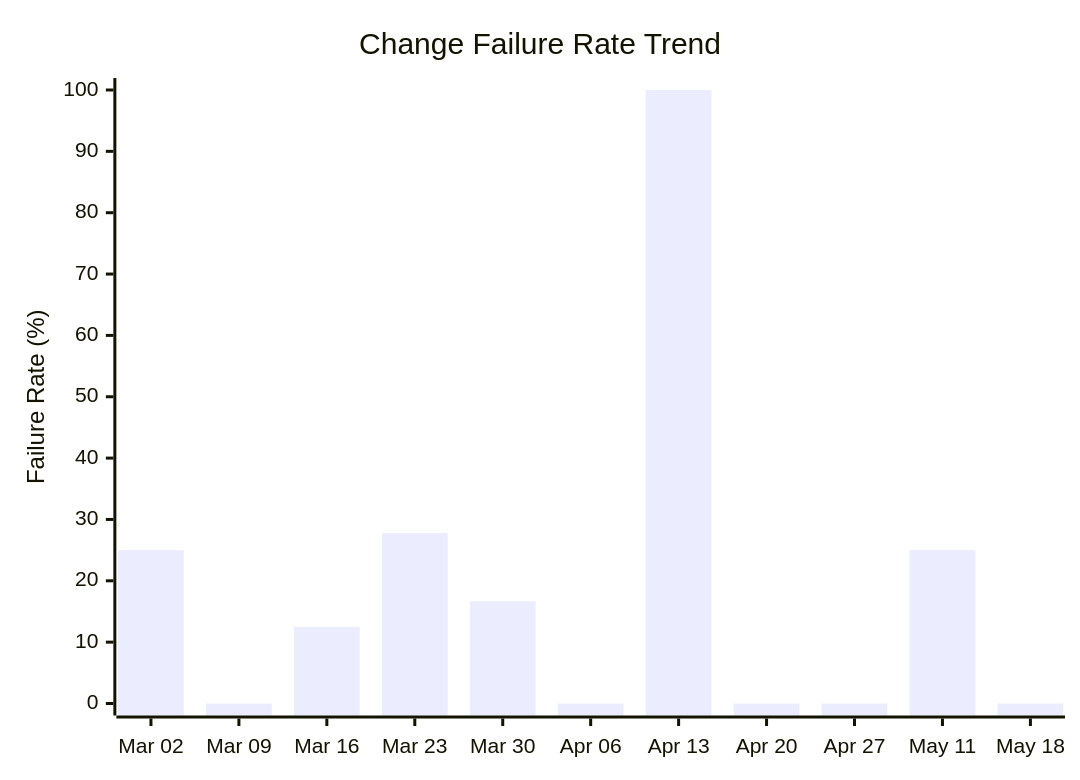
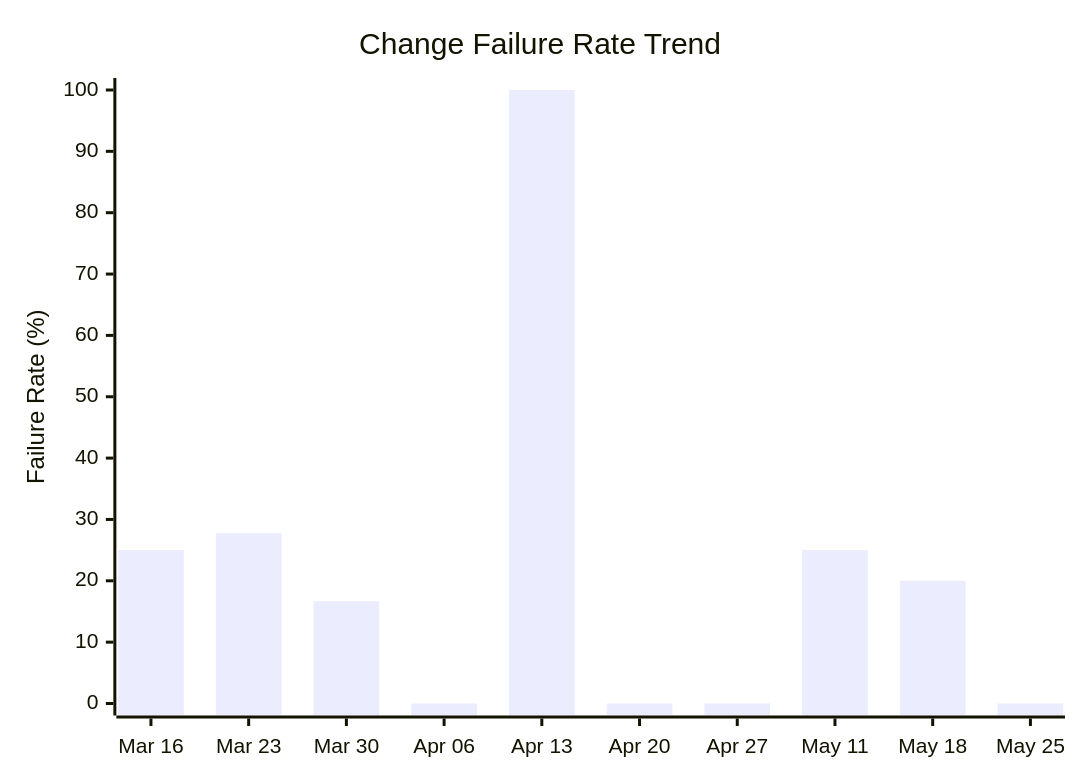
One commit to ukma-cs-ssdm-2025/rate-ukma changed the fourth of 4 diagrams in docs/ci-cd/dora-summary.md. Above: the diagram before and after it, drawn with Mermaid. The commit also changed other lines of this file, not shown here.

````diff
--- a/docs/ci-cd/dora-summary.md
+++ b/docs/ci-cd/dora-summary.md
@@ -70,7 +67,7 @@
 ```mermaid
 xychart-beta
     title "Change Failure Rate Trend"
-    x-axis ["Mar 02", "Mar 09", "Mar 16", "Mar 23", "Mar 30", "Apr 06", "Apr 13", "Apr 20", "Apr 27", "May 11", "May 18"]
+    x-axis ["Mar 16", "Mar 23", "Mar 30", "Apr 06", "Apr 13", "Apr 20", "Apr 27", "May 11", "May 18", "May 25"]
     y-axis "Failure Rate (%)" 0 --> 100
-    bar [25.00, 0.00, 12.50, 27.78, 16.67, 0.00, 100.00, 0.00, 0.00, 25.00, 0.00]
+    bar [25.00, 27.78, 16.67, 0.00, 100.00, 0.00, 0.00, 25.00, 20.00, 0.00]
 ```
````
